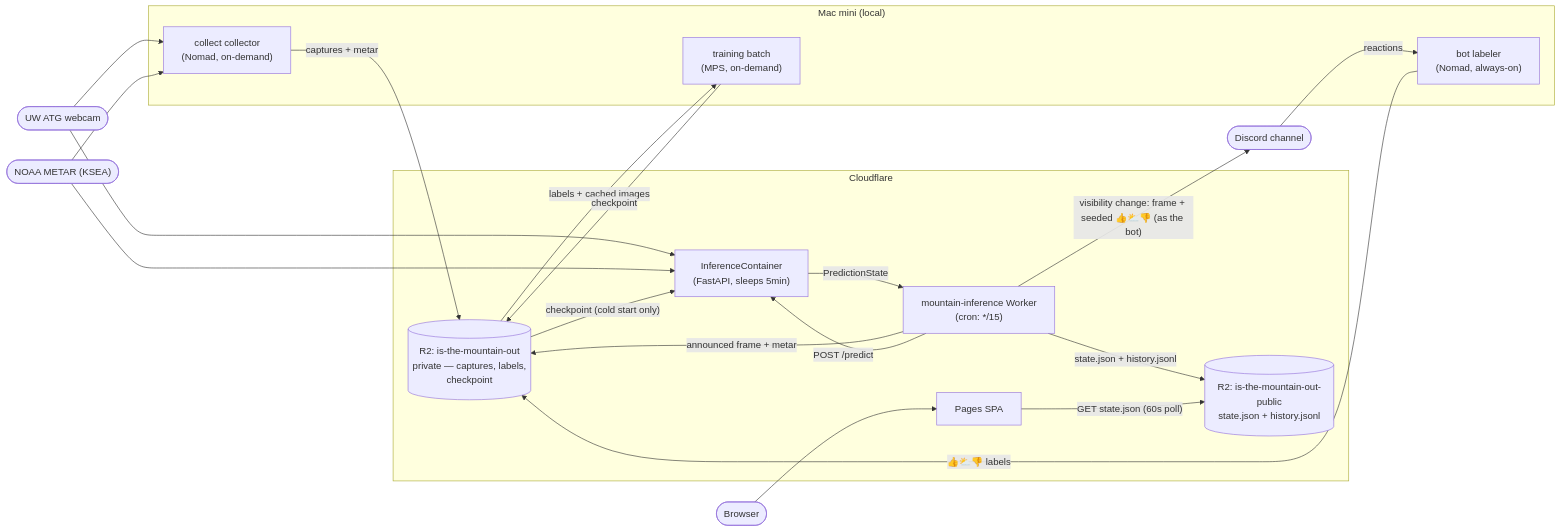
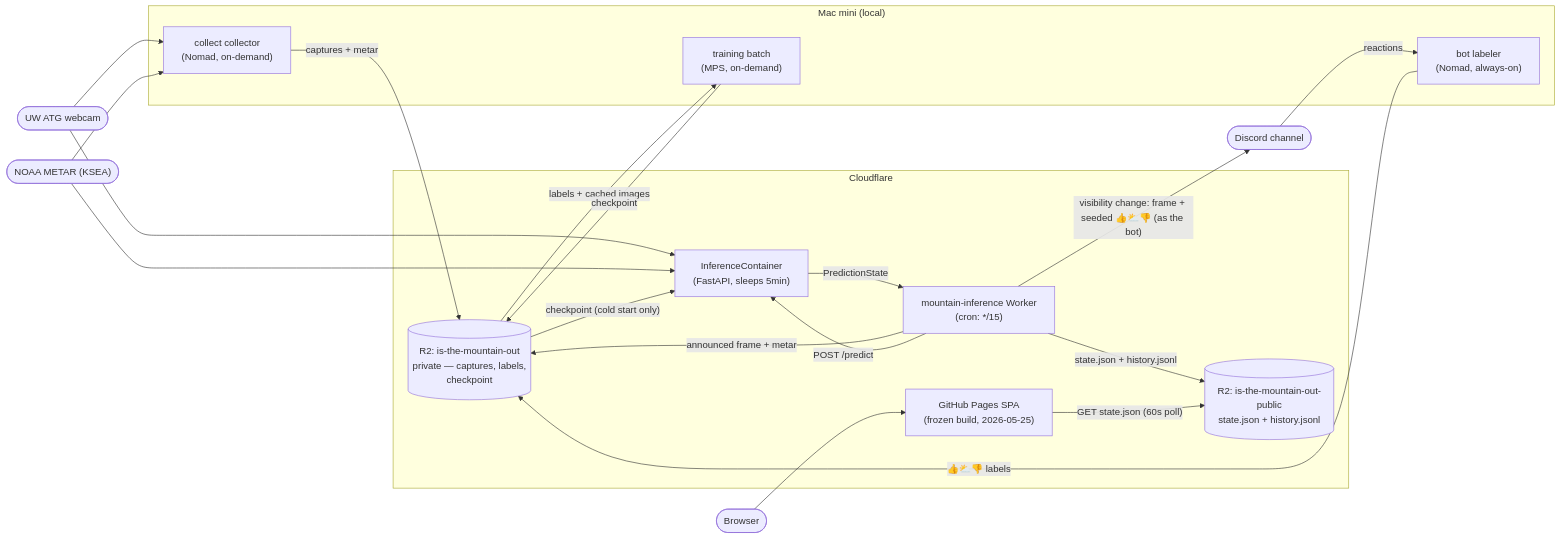
One commit to robogeosociety/is-the-mountain-out changed the first of 3 diagrams in README.md. Above: the diagram before and after it, drawn with Mermaid. The commit also changed other lines of this file and 7 other files, not shown here.

````diff
--- a/README.md
+++ b/README.md
@@ -13,38 +92,38 @@
 ```mermaid
 flowchart LR
   subgraph local["Mac mini (local)"]
     collector["collect collector<br/>(Nomad, on-demand)"]
     labeler["bot labeler<br/>(Nomad, always-on)"]
     trainer["training batch<br/>(MPS, on-demand)"]
   end
 
   subgraph cf["Cloudflare"]
     worker["mountain-inference Worker<br/>(cron: */15)"]
     container["InferenceContainer<br/>(FastAPI, sleeps 5min)"]
     r2priv[("R2: is-the-mountain-out<br/>private — captures, labels,<br/>checkpoint")]
     r2pub[("R2: is-the-mountain-out-public<br/>state.json + history.jsonl")]
-    pages["Pages SPA"]
+    ghp["GitHub Pages SPA<br/>(frozen build, 2026-05-25)"]
   end
 
   webcam(["UW ATG webcam"]) --> collector
   metar(["NOAA METAR (KSEA)"]) --> collector
   collector -- "captures + metar" --> r2priv
 
   worker -- "visibility change: frame + seeded 👍⛅👎 (as the bot)" --> discord(["Discord channel"])
   worker -- "announced frame + metar" --> r2priv
   discord -- "reactions" --> labeler
   labeler -- "👍⛅👎 labels" --> r2priv
 
   r2priv -- "labels + cached images" --> trainer
   trainer -- "checkpoint" --> r2priv
 
   worker -- "POST /predict" --> container
   webcam --> container
   metar --> container
   r2priv -- "checkpoint (cold start only)" --> container
   container -- "PredictionState" --> worker
   worker -- "state.json + history.jsonl" --> r2pub
 
-  browser(["Browser"]) --> pages
-  pages -- "GET state.json (60s poll)" --> r2pub
+  browser(["Browser"]) --> ghp
+  ghp -- "GET state.json (60s poll)" --> r2pub
 ```
````
